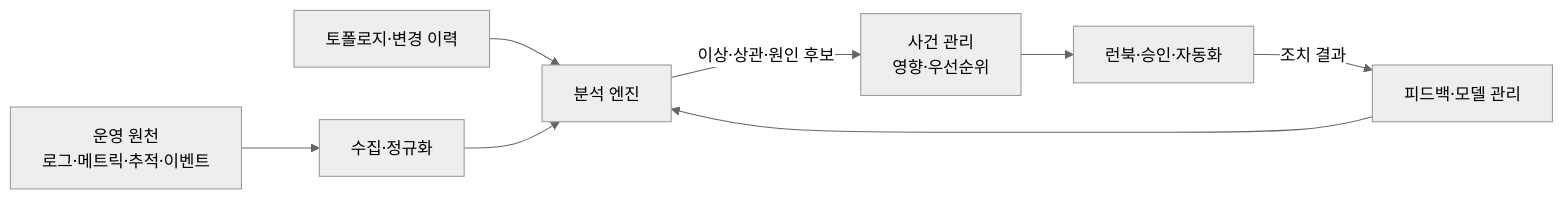
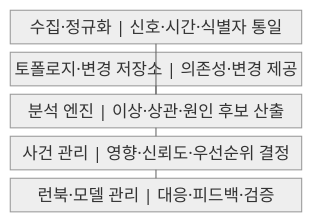
Before and after one commit to agnusdei1207/knowledge-base: the first of 2 diagrams in src/content/docs/notes/03-software/167_aiops.md, drawn with Mermaid (neutral theme). The commit also changed other lines of this file and 20 other files, not shown here.

````diff
--- a/src/content/docs/notes/03-software/167_aiops.md
+++ b/src/content/docs/notes/03-software/167_aiops.md
@@ -58,10 +54,13 @@
 ```mermaid
-flowchart LR
-    O["운영 원천<br/>로그·메트릭·추적·이벤트"] --> I["수집·정규화"]
-    T["토폴로지·변경 이력"] --> A["분석 엔진"]
-    I --> A
-    A -->|"이상·상관·원인 후보"| M["사건 관리<br/>영향·우선순위"]
-    M --> R["런북·승인·자동화"]
-    R -->|"조치 결과"| F["피드백·모델 관리"]
-    F --> A
+block
+    columns 1
+    A["수집·정규화 | 신호·시간·식별자 통일"]
+    B["토폴로지·변경 저장소 | 의존성·변경 제공"]
+    C["분석 엔진 | 이상·상관·원인 후보 산출"]
+    D["사건 관리 | 영향·신뢰도·우선순위 결정"]
+    E["런북·모델 관리 | 대응·피드백·검증"]
+    A --- C
+    B --- C
+    C --- D
+    D --- E
 ```
````
